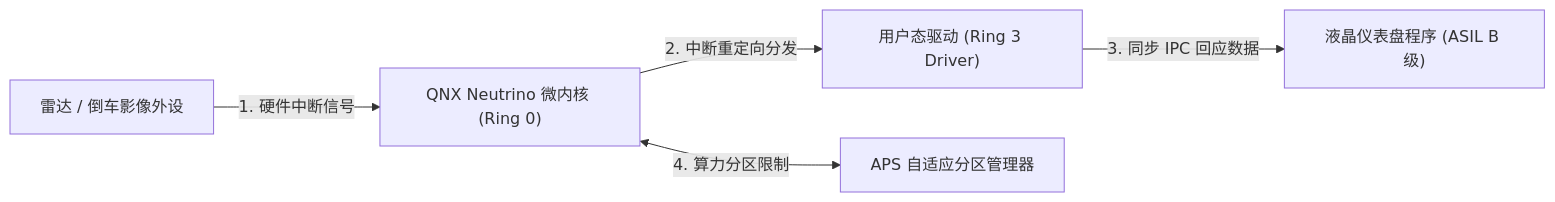
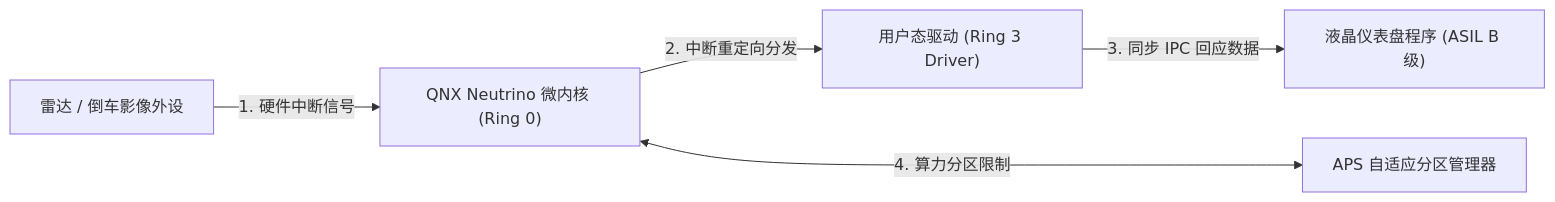
One commit to koosai/AI-Architect-Learning changed the third of 8 diagrams in docs/atlas/qnx.mdx. Above: the diagram before and after it, drawn with Mermaid. The commit also changed other lines of this file and 68 other files, not shown here.

Commit message:
fix(atlas): fix browser client-side Mermaid rendering for mindmaps and flowcharts across 67 case studies

````diff
--- a/docs/atlas/qnx.mdx
+++ b/docs/atlas/qnx.mdx
@@ -100,7 +100,7 @@
 ```mermaid
 graph LR
   Sensor["雷达 / 倒车影像外设"] -->|1. 硬件中断信号| QNUKernel["QNX Neutrino 微内核 (Ring 0)"]
   QNUKernel -->|2. 中断重定向分发| UserDriver["用户态驱动 (Ring 3 Driver)"]
   UserDriver -->|3. 同步 IPC 回应数据| DashboardApp["液晶仪表盘程序 (ASIL B 级)"]
-  QNUKernel <-->|4. 算力分区限制| APS_System["APS 自适应分区管理器"]
+  QNUKernel <--->|4. 算力分区限制| APS_System["APS 自适应分区管理器"]
 ```
````
